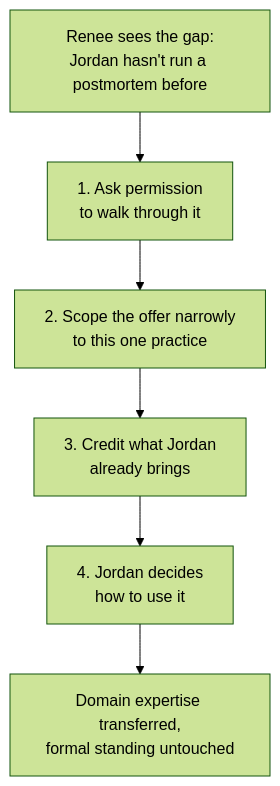
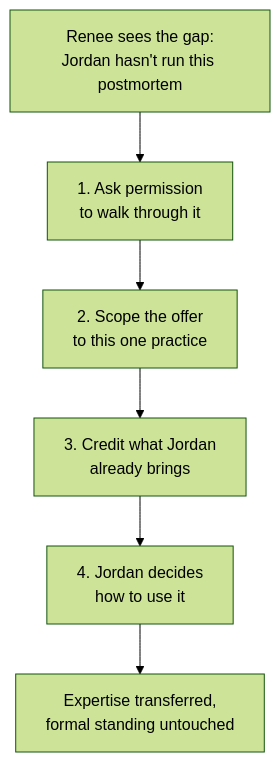
Before and after one commit to francoandreDev/knowledge: the diagram in src/content/career-craft/peer-mentoring/L2-concept.mdx, drawn with Mermaid (forest theme). The commit also changed other lines of this file and 3 other files, not shown here.

````diff
--- a/src/content/career-craft/peer-mentoring/L2-concept.mdx
+++ b/src/content/career-craft/peer-mentoring/L2-concept.mdx
@@ -33,8 +37,8 @@
 ```mermaid
 flowchart TD
-    A["Renee sees the gap:\nJordan hasn't run a postmortem before"] --> B["1. Ask permission\nto walk through it"]
-    B --> C["2. Scope the offer narrowly\nto this one practice"]
+    A["Renee sees the gap:\nJordan hasn't run this postmortem"] --> B["1. Ask permission\nto walk through it"]
+    B --> C["2. Scope the offer\nto this one practice"]
     C --> D["3. Credit what Jordan\nalready brings"]
     D --> E["4. Jordan decides\nhow to use it"]
-    E --> F["Domain expertise transferred,\nformal standing untouched"]
+    E --> F["Expertise transferred,\nformal standing untouched"]
 ```
````
